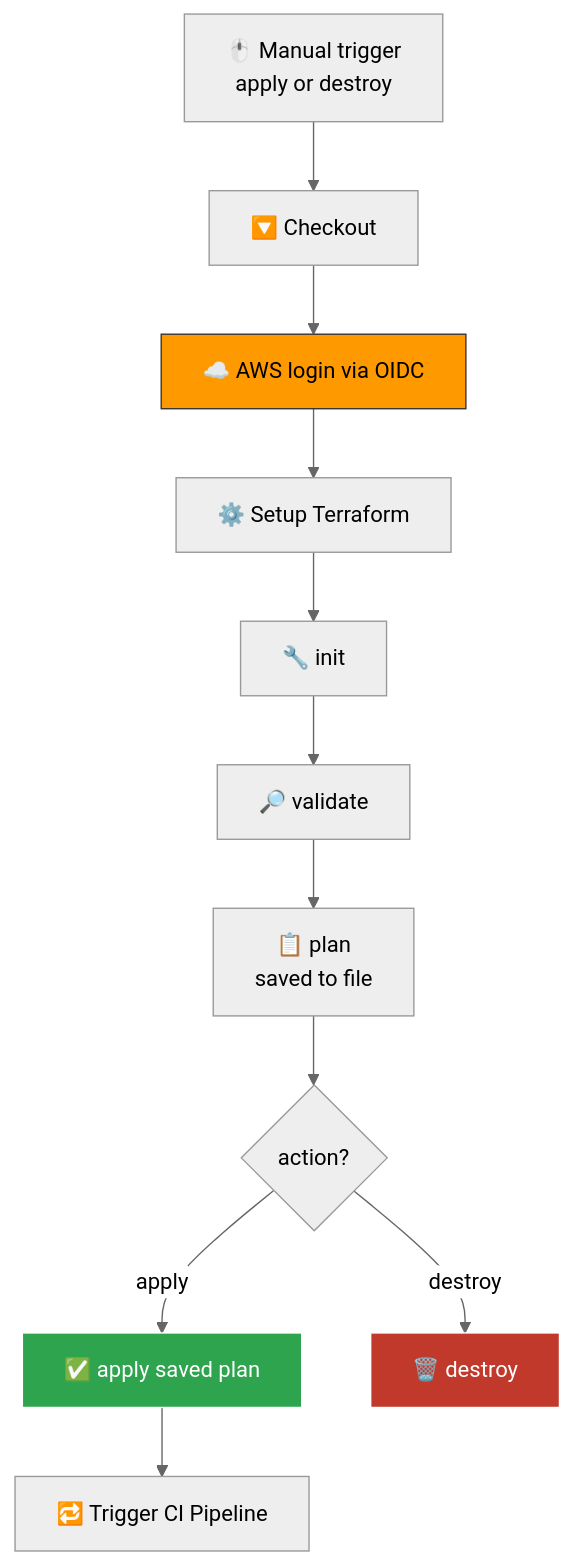
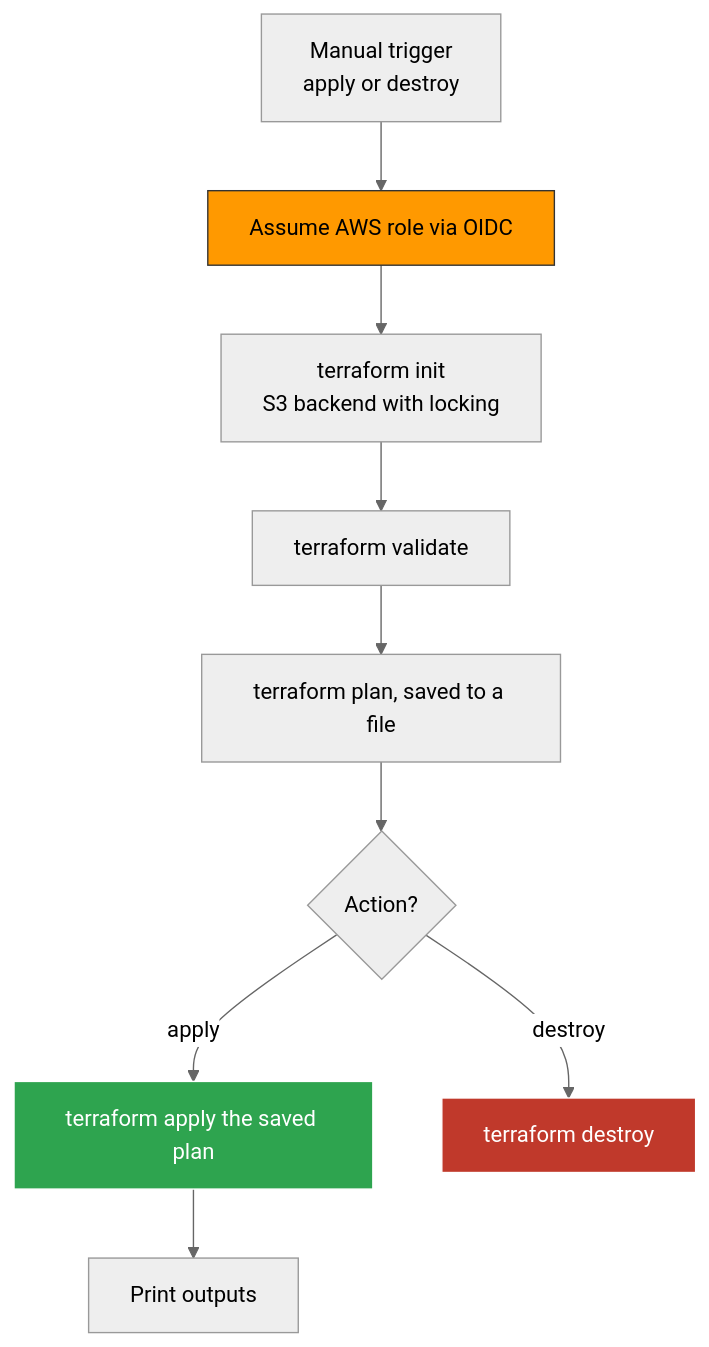
Before and after one commit to ArshadKhan-007/URL-SHORTENER-CI-CD-ECS: the fifth of 7 diagrams in README.md, drawn with Mermaid (neutral theme). The commit also changed other lines of this file, not shown here.

````diff
--- a/README.md
+++ b/README.md
@@ -133,17 +193,15 @@
 ```mermaid
 flowchart TD
-    A["🖱️ Manual trigger<br/>apply or destroy"] --> B["🔽 Checkout"]
-    B --> C["☁️ AWS login via OIDC"]
-    C --> D["⚙️ Setup Terraform"]
-    D --> E["🔧 init"]
-    E --> F["🔎 validate"]
-    F --> G["📋 plan<br/>saved to file"]
-    G --> H{"action?"}
-    H -- "apply" --> I["✅ apply saved plan"]
-    H -- "destroy" --> J["🗑️ destroy"]
-    I --> K["🔁 Trigger CI Pipeline"]
+    a["Manual trigger<br/>apply or destroy"] --> b["Assume AWS role via OIDC"]
+    b --> c["terraform init<br/>S3 backend with locking"]
+    c --> d["terraform validate"]
+    d --> e["terraform plan, saved to a file"]
+    e --> f{"Action?"}
+    f -->|"apply"| g["terraform apply the saved plan"]
+    f -->|"destroy"| h["terraform destroy"]
+    g --> i["Print outputs"]
 
-    style C fill:#FF9900,stroke:#333,color:#000
-    style I fill:#2ea44f,stroke:#fff,color:#fff
-    style J fill:#c0392b,stroke:#fff,color:#fff
+    style b fill:#FF9900,stroke:#333,color:#000
+    style g fill:#2ea44f,stroke:#fff,color:#fff
+    style h fill:#c0392b,stroke:#fff,color:#fff
 ```
````
